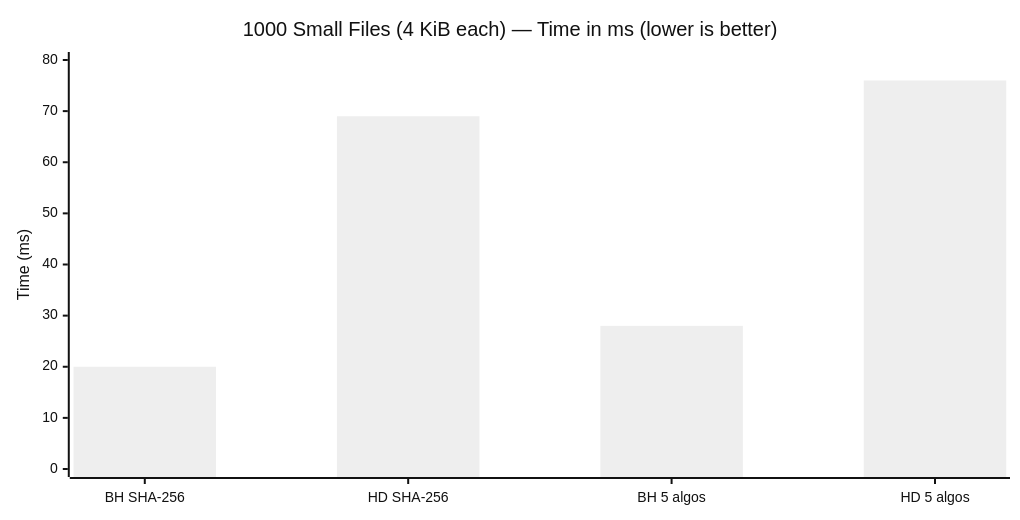
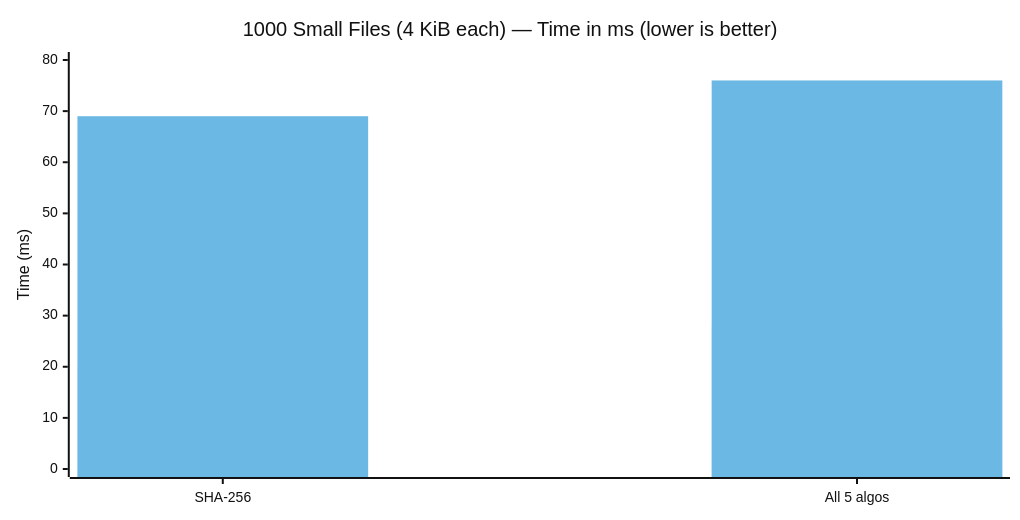
Before and after one commit to SecurityRonin/blazehash: the second of 5 diagrams in docs/benchmarks.md, drawn with Mermaid (neutral theme). The commit also changed other lines of this file, not shown here.

First line of the commit message:
docs: use grouped bar charts for dramatic blazehash vs hashdeep comparison

````diff
--- a/docs/benchmarks.md
+++ b/docs/benchmarks.md
@@ -90,12 +78,13 @@
 ```mermaid
 ---
 config:
     xyChart:
         width: 1000
 ---
 xychart-beta
     title "1000 Small Files (4 KiB each) — Time in ms (lower is better)"
-    x-axis ["BH SHA-256", "HD SHA-256", "BH 5 algos", "HD 5 algos"]
+    x-axis ["SHA-256", "All 5 algos"]
     y-axis "Time (ms)" 0 --> 80
-    bar [20, 69, 28, 76]
+    bar "blazehash" [20, 28]
+    bar "hashdeep" [69, 76]
 ```
````
